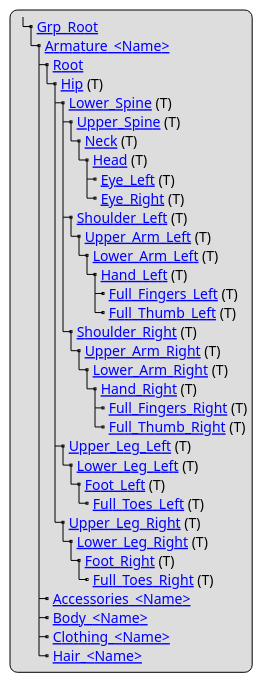
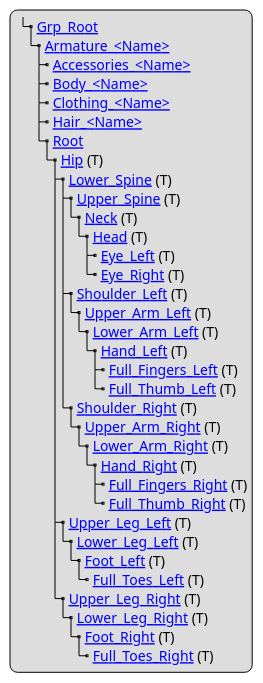
One commit to asam-ev/OpenMATERIAL changed the diagram in content/geometry/object-human/human-structure.adoc. Above: the diagram before and after it, drawn with PlantUML. The commit also changed other lines of this file and 2 other files, not shown here.

Commit message:
Repair broken links, adapt node overview

```diff
--- a/content/geometry/object-human/human-structure.adoc
+++ b/content/geometry/object-human/human-structure.adoc
@@ -5,39 +5,39 @@
 [plantuml]
 ----
 legend
 |_ [[../geometry/object-human/human-index.html#_grp_root Grp_Root]]
   |_ [[../geometry/object-human/human-index.html#_armature_name Armature_<Name>]]
+    |_ [[../geometry/object-human/human-index.html#_accessories_name Accessories_<Name>]]
+    |_ [[../geometry/object-human/human-index.html#_body_name Body_<Name>]]
+    |_ [[../geometry/object-human/human-index.html#_clothing_name Clothing_<Name>]]
+    |_ [[../geometry/object-human/human-index.html#_hair_name Hair_<Name>]]
     |_ [[../geometry/object-human/human-index.html#_root Root]]
       |_ [[../geometry/object-human/human-index.html#_hip_t Hip]] (T)
         |_ [[../geometry/object-human/human-index.html#_lower_spine_t Lower_Spine]] (T)
           |_ [[../geometry/object-human/human-index.html#_upper_spine_t Upper_Spine]] (T)
             |_ [[../geometry/object-human/human-index.html#_neck_t Neck]] (T)
               |_ [[../geometry/object-human/human-index.html#_head_t Head]] (T)
                 |_ [[../geometry/object-human/human-index.html#_eye_left_t Eye_Left]] (T)
                 |_ [[../geometry/object-human/human-index.html#_eye_right_t Eye_Right]] (T)
           |_ [[../geometry/object-human/human-index.html#_shoulder_left_t Shoulder_Left]] (T)
             |_ [[../geometry/object-human/human-index.html#_upper_arm_left_t Upper_Arm_Left]] (T)
               |_ [[../geometry/object-human/human-index.html#_lower_arm_left_t Lower_Arm_Left]] (T)
                 |_ [[../geometry/object-human/human-index.html#_hand_left_t Hand_Left]] (T)
-                  |_ [[../geometry/object-human/human-index.html#_full_lingers_left_t Full_Fingers_Left]] (T)
+                  |_ [[../geometry/object-human/human-index.html#_full_fingers_left_t Full_Fingers_Left]] (T)
                   |_ [[../geometry/object-human/human-index.html#_full_thumb_left_t Full_Thumb_Left]] (T)
           |_ [[../geometry/object-human/human-index.html#_shoulder_right_t Shoulder_Right]] (T)
             |_ [[../geometry/object-human/human-index.html#_upper_arm_right_t Upper_Arm_Right]] (T)
               |_ [[../geometry/object-human/human-index.html#_lower_arm_right_t Lower_Arm_Right]] (T)
                 |_ [[../geometry/object-human/human-index.html#_hand_right_t Hand_Right]] (T)
                   |_ [[../geometry/object-human/human-index.html#_full_fingers_right_t Full_Fingers_Right]] (T)
                   |_ [[../geometry/object-human/human-index.html#_full_thumb_right_t Full_Thumb_Right]] (T)
         |_ [[../geometry/object-human/human-index.html#_upper_leg_left_t Upper_Leg_Left]] (T)
           |_ [[../geometry/object-human/human-index.html#_lower_leg_left_t Lower_Leg_Left]] (T)
             |_ [[../geometry/object-human/human-index.html#_foot_left_t Foot_Left]] (T)
               |_ [[../geometry/object-human/human-index.html#_full_toes_left_t Full_Toes_Left]] (T)
         |_ [[../geometry/object-human/human-index.html#_upper_leg_right_t Upper_Leg_Right]] (T)
           |_ [[../geometry/object-human/human-index.html#_lower_leg_right_t Lower_Leg_Right]] (T)
             |_ [[../geometry/object-human/human-index.html#_foot_right_t Foot_Right]] (T)
               |_ [[../geometry/object-human/human-index.html#_full_toes_right_t Full_Toes_Right]] (T)
-    |_ [[../geometry/object-human/human-index.html#_accessories_name Accessories_<Name>]]
-    |_ [[../geometry/object-human/human-index.html#_body_name Body_<Name>]]
-    |_ [[../geometry/object-human/human-index.html#_clothing_name Clothing_<Name>]]
-    |_ [[../geometry/object-human/human-index.html#_hair_name Hair_<Name>]]
 end legend
 ----
```
